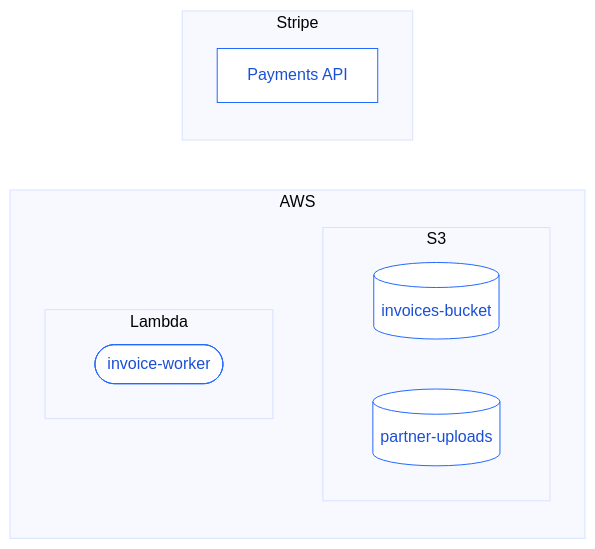
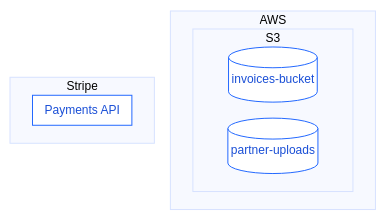
Before and after one commit to lightbaseco/lightbase-docs: the diagram in core-concepts/counterparties.mdx, drawn with Mermaid. The commit also changed other lines of this file and 9 other files, not shown here.

````diff
--- a/core-concepts/counterparties.mdx
+++ b/core-concepts/counterparties.mdx
@@ -10,17 +12,15 @@
 ```mermaid
-%%{init: {'theme':'base','themeVariables':{'fontFamily':'inherit','primaryColor':'#ffffff','primaryBorderColor':'#2469ff','primaryTextColor':'#1a4fd6','lineColor':'#5c8bff','clusterBkg':'#f7f9ff','clusterBorder':'#d7e2ff'}}}%%
-flowchart LR
+%%{init: {'theme':'base','themeVariables':{'fontFamily':'inherit','fontSize':'12px','primaryColor':'#ffffff','primaryBorderColor':'#2469ff','primaryTextColor':'#1a4fd6','lineColor':'#5c8bff','clusterBkg':'#f7f9ff','clusterBorder':'#d7e2ff'},'flowchart':{'nodeSpacing':16,'rankSpacing':20,'padding':6,'diagramPadding':4}}}%%
+flowchart TB
   subgraph AWS[AWS]
     subgraph S3[S3]
+      direction LR
       B1[(invoices-bucket)]
       B2[(partner-uploads)]
-    end
-    subgraph LAMBDA[Lambda]
-      F1([invoice-worker])
     end
   end
 
   subgraph STRIPE[Stripe]
     P1[Payments API]
   end
 ```
````
